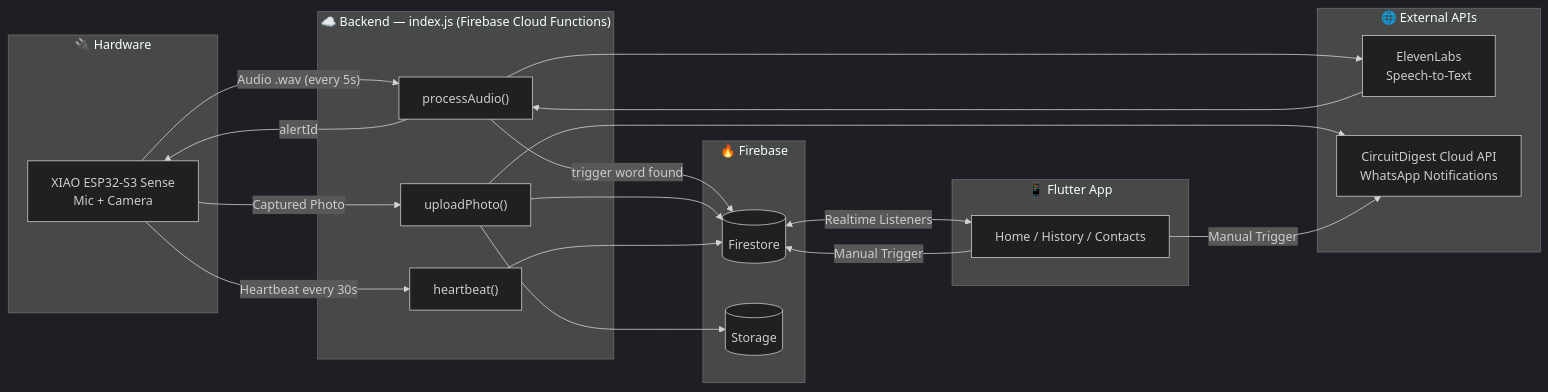
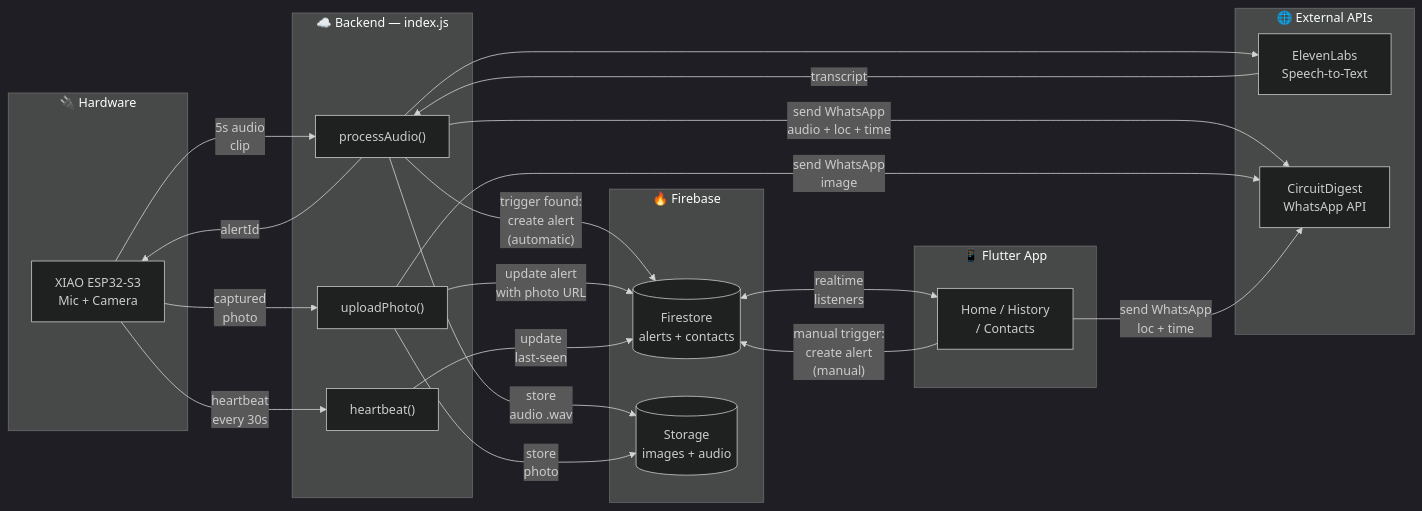
The first of 3 diagrams in README.md (SubashreeT24/SheAlert), drawn with Mermaid (dark theme) before and after one commit. The commit also changed other lines of this file, not shown here.

First line of the commit message:
Improve README clarity on alert modes and components

````diff
--- a/README.md
+++ b/README.md
@@ -65,41 +65,44 @@
 ```mermaid
+%%{init: {"flowchart": {"nodeSpacing": 45, "rankSpacing": 60, "htmlLabels": true}}}%%
 graph LR
     subgraph Hardware["🔌 Hardware"]
-        ESP["XIAO ESP32-S3 Sense<br/>Mic + Camera"]
+        ESP["XIAO ESP32-S3<br/>Mic + Camera"]
     end
 
-    subgraph Backend["☁️ Backend — index.js (Firebase Cloud Functions)"]
+    subgraph Backend["☁️ Backend — index.js"]
         PA["processAudio()"]
         UP["uploadPhoto()"]
         HB["heartbeat()"]
     end
 
     subgraph FB["🔥 Firebase"]
-        FS[("Firestore")]
-        ST[("Storage")]
+        FS[("Firestore<br/>alerts + contacts")]
+        ST[("Storage<br/>images + audio")]
     end
 
     subgraph External["🌐 External APIs"]
         EL["ElevenLabs<br/>Speech-to-Text"]
-        CD["CircuitDigest Cloud API<br/>WhatsApp Notifications"]
+        CD["CircuitDigest<br/>WhatsApp API"]
     end
 
     subgraph Mobile["📱 Flutter App"]
-        FL["Home / History / Contacts"]
+        FL["Home / History<br/>/ Contacts"]
     end
 
-    ESP -->|"Audio .wav (every 5s)"| PA
+    ESP -->|"5s audio<br/>clip"| PA
     PA --> EL
-    EL --> PA
-    PA -->|"trigger word found"| FS
+    EL -->|"transcript"| PA
+    PA -->|"trigger found:<br/>create alert<br/>(automatic)"| FS
+    PA -->|"store<br/>audio .wav"| ST
+    PA -->|"send WhatsApp<br/>audio + loc + time"| CD
     PA -->|"alertId"| ESP
-    ESP -->|"Captured Photo"| UP
-    UP --> ST
-    UP --> FS
-    UP --> CD
-    ESP -->|"Heartbeat every 30s"| HB
-    HB --> FS
-    FL -->|"Manual Trigger"| FS
-    FL -->|"Manual Trigger"| CD
-    FS <-->|"Realtime Listeners"| FL
+    ESP -->|"captured<br/>photo"| UP
+    UP -->|"store<br/>photo"| ST
+    UP -->|"update alert<br/>with photo URL"| FS
+    UP -->|"send WhatsApp<br/>image"| CD
+    ESP -->|"heartbeat<br/>every 30s"| HB
+    HB -->|"update<br/>last-seen"| FS
+    FL -->|"manual trigger:<br/>create alert<br/>(manual)"| FS
+    FL -->|"send WhatsApp<br/>loc + time"| CD
+    FS <-->|"realtime<br/>listeners"| FL
 ```
````
